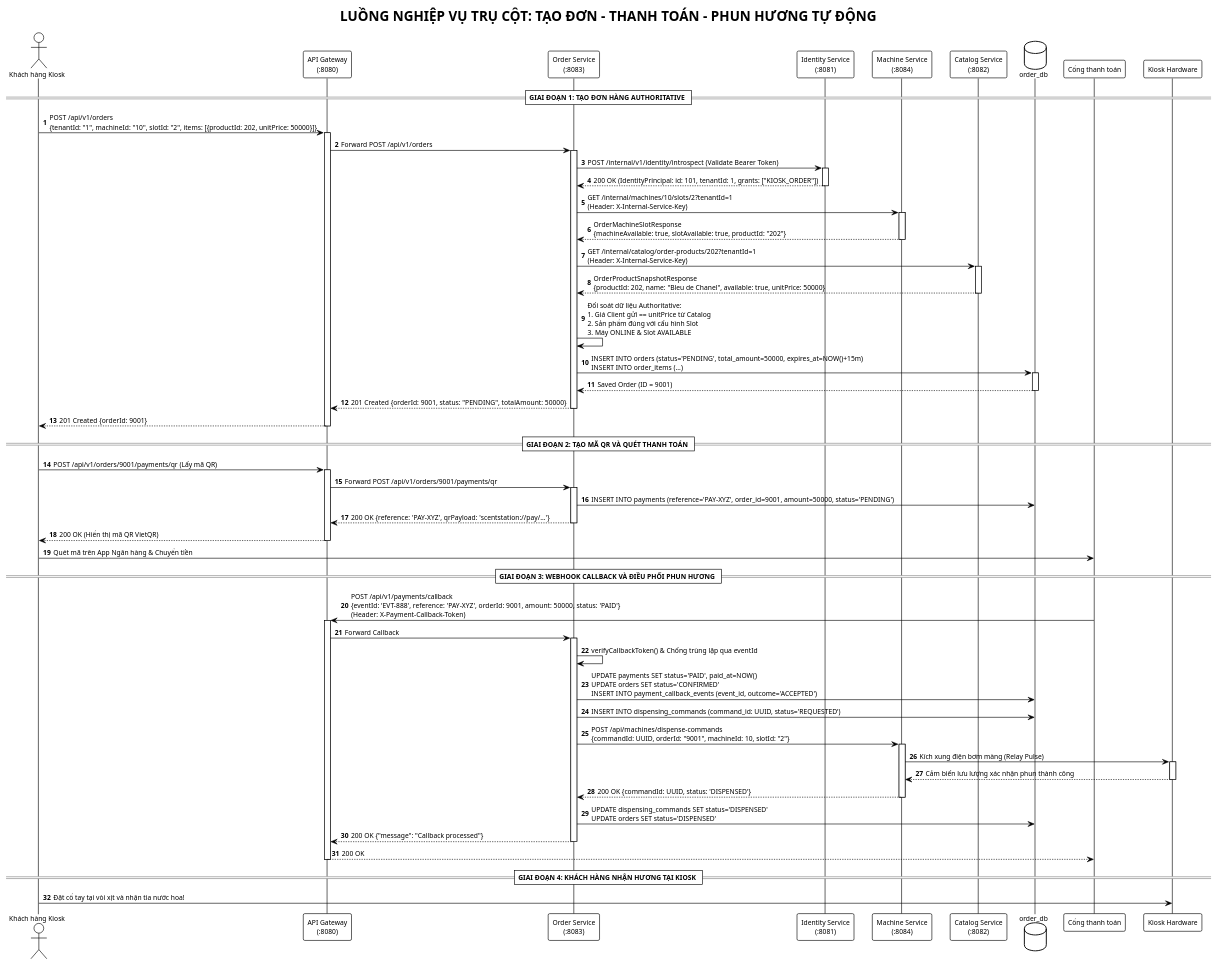
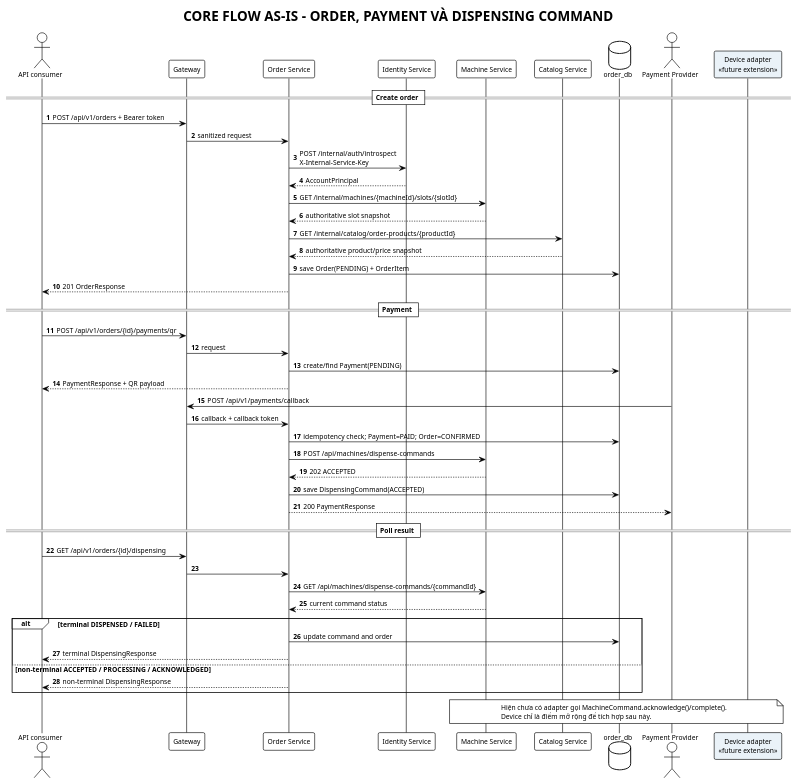
One commit to phuoc523/reportDevelopingOOPsoftware changed the diagram in architecture/system-overview/core-flow-sequence.puml. Above: the diagram before and after it, drawn with PlantUML. The commit also changed 53 other files, not shown here.

```diff
--- a/architecture/system-overview/core-flow-sequence.puml
+++ b/architecture/system-overview/core-flow-sequence.puml
@@ -1,96 +1,62 @@
 @startuml core-flow-sequence
 !theme plain
 autonumber
 skinparam responseMessageBelowArrow true
 skinparam defaultFontName Arial
 skinparam defaultFontSize 11
 
-title LUỒNG NGHIỆP VỤ TRỤ CỘT: TẠO ĐƠN - THANH TOÁN - PHUN HƯƠNG TỰ ĐỘNG
+title CORE FLOW AS-IS - ORDER, PAYMENT VÀ DISPENSING COMMAND
 
-actor "Khách hàng Kiosk" as Customer
-participant "API Gateway\n(:8080)" as Gateway
-participant "Order Service\n(:8083)" as OrderSvc
-participant "Identity Service\n(:8081)" as IdentitySvc
-participant "Machine Service\n(:8084)" as MachineSvc
-participant "Catalog Service\n(:8082)" as CatalogSvc
-database "order_db" as OrderDB
-participant "Cổng thanh toán" as PaymentGw
-participant "Kiosk Hardware" as Hardware
+actor "API consumer" as Client
+participant Gateway
+participant "Order Service" as Order
+participant "Identity Service" as Identity
+participant "Machine Service" as Machine
+participant "Catalog Service" as Catalog
+database order_db as DB
+actor "Payment Provider" as Provider
+participant "Device adapter\n<<future extension>>" as Device #EAF2F8
 
-== GIAI ĐOẠN 1: TẠO ĐƠN HÀNG AUTHORITATIVE ==
-Customer -> Gateway: POST /api/v1/orders\n{tenantId: "1", machineId: "10", slotId: "2", items: [{productId: 202, unitPrice: 50000}]}
-activate Gateway
-Gateway -> OrderSvc: Forward POST /api/v1/orders
-activate OrderSvc
+== Create order ==
+Client -> Gateway : POST /api/v1/orders + Bearer token
+Gateway -> Order : sanitized request
+Order -> Identity : POST /internal/auth/introspect\nX-Internal-Service-Key
+Identity --> Order : AccountPrincipal
+Order -> Machine : GET /internal/machines/{machineId}/slots/{slotId}
+Machine --> Order : authoritative slot snapshot
+Order -> Catalog : GET /internal/catalog/order-products/{productId}
+Catalog --> Order : authoritative product/price snapshot
+Order -> DB : save Order(PENDING) + OrderItem
+Order --> Client : 201 OrderResponse
 
-OrderSvc -> IdentitySvc: POST /internal/v1/identity/introspect (Validate Bearer Token)
-activate IdentitySvc
-IdentitySvc --> OrderSvc: 200 OK (IdentityPrincipal: id: 101, tenantId: 1, grants: ["KIOSK_ORDER"])
-deactivate IdentitySvc
+== Payment ==
+Client -> Gateway : POST /api/v1/orders/{id}/payments/qr
+Gateway -> Order : request
+Order -> DB : create/find Payment(PENDING)
+Order --> Client : PaymentResponse + QR payload
+Provider -> Gateway : POST /api/v1/payments/callback
+Gateway -> Order : callback + callback token
+Order -> DB : idempotency check; Payment=PAID; Order=CONFIRMED
+Order -> Machine : POST /api/machines/dispense-commands
+Machine --> Order : 202 ACCEPTED
+Order -> DB : save DispensingCommand(ACCEPTED)
+Order --> Provider : 200 PaymentResponse
 
-OrderSvc -> MachineSvc: GET /internal/machines/10/slots/2?tenantId=1\n(Header: X-Internal-Service-Key)
-activate MachineSvc
-MachineSvc --> OrderSvc: OrderMachineSlotResponse\n{machineAvailable: true, slotAvailable: true, productId: "202"}
-deactivate MachineSvc
+== Poll result ==
+Client -> Gateway : GET /api/v1/orders/{id}/dispensing
+Gateway -> Order
+Order -> Machine : GET /api/machines/dispense-commands/{commandId}
+Machine --> Order : current command status
+alt terminal DISPENSED / FAILED
+  Order -> DB : update command and order
+  Order --> Client : terminal DispensingResponse
+else non-terminal ACCEPTED / PROCESSING / ACKNOWLEDGED
+  Order --> Client : non-terminal DispensingResponse
+end
 
-OrderSvc -> CatalogSvc: GET /internal/catalog/order-products/202?tenantId=1\n(Header: X-Internal-Service-Key)
-activate CatalogSvc
-CatalogSvc --> OrderSvc: OrderProductSnapshotResponse\n{productId: 202, name: "Bleu de Chanel", available: true, unitPrice: 50000}
-deactivate CatalogSvc
-
-OrderSvc -> OrderSvc: Đối soát dữ liệu Authoritative:\n1. Giá Client gửi == unitPrice từ Catalog\n2. Sản phẩm đúng với cấu hình Slot\n3. Máy ONLINE & Slot AVAILABLE
-OrderSvc -> OrderDB: INSERT INTO orders (status='PENDING', total_amount=50000, expires_at=NOW()+15m)\nINSERT INTO order_items (...)
-activate OrderDB
-OrderDB --> OrderSvc: Saved Order (ID = 9001)
-deactivate OrderDB
-
-OrderSvc --> Gateway: 201 Created {orderId: 9001, status: "PENDING", totalAmount: 50000}
-deactivate OrderSvc
-Gateway --> Customer: 201 Created {orderId: 9001}
-deactivate Gateway
-
-== GIAI ĐOẠN 2: TẠO MÃ QR VÀ QUÉT THANH TOÁN ==
-Customer -> Gateway: POST /api/v1/orders/9001/payments/qr (Lấy mã QR)
-activate Gateway
-Gateway -> OrderSvc: Forward POST /api/v1/orders/9001/payments/qr
-activate OrderSvc
-OrderSvc -> OrderDB: INSERT INTO payments (reference='PAY-XYZ', order_id=9001, amount=50000, status='PENDING')
-OrderSvc --> Gateway: 200 OK {reference: 'PAY-XYZ', qrPayload: 'scentstation://pay/...'}
-deactivate OrderSvc
-Gateway --> Customer: 200 OK (Hiển thị mã QR VietQR)
-deactivate Gateway
-
-Customer -> PaymentGw: Quét mã trên App Ngân hàng & Chuyển tiền
-
-== GIAI ĐOẠN 3: WEBHOOK CALLBACK VÀ ĐIỀU PHỐI PHUN HƯƠNG ==
-PaymentGw -> Gateway: POST /api/v1/payments/callback\n{eventId: 'EVT-888', reference: 'PAY-XYZ', orderId: 9001, amount: 50000, status: 'PAID'}\n(Header: X-Payment-Callback-Token)
-activate Gateway
-Gateway -> OrderSvc: Forward Callback
-activate OrderSvc
-
-OrderSvc -> OrderSvc: verifyCallbackToken() & Chống trùng lặp qua eventId
-OrderSvc -> OrderDB: UPDATE payments SET status='PAID', paid_at=NOW()\nUPDATE orders SET status='CONFIRMED'\nINSERT INTO payment_callback_events (event_id, outcome='ACCEPTED')
-OrderSvc -> OrderDB: INSERT INTO dispensing_commands (command_id: UUID, status='REQUESTED')
-
-OrderSvc -> MachineSvc: POST /api/machines/dispense-commands\n{commandId: UUID, orderId: "9001", machineId: 10, slotId: "2"}
-activate MachineSvc
-
-MachineSvc -> Hardware: Kích xung điện bơm màng (Relay Pulse)
-activate Hardware
-Hardware --> MachineSvc: Cảm biến lưu lượng xác nhận phun thành công
-deactivate Hardware
-
-MachineSvc --> OrderSvc: 200 OK {commandId: UUID, status: 'DISPENSED'}
-deactivate MachineSvc
-
-OrderSvc -> OrderDB: UPDATE dispensing_commands SET status='DISPENSED'\nUPDATE orders SET status='DISPENSED'
-
-OrderSvc --> Gateway: 200 OK {"message": "Callback processed"}
-deactivate OrderSvc
-Gateway --> PaymentGw: 200 OK
-deactivate Gateway
-
-== GIAI ĐOẠN 4: KHÁCH HÀNG NHẬN HƯƠNG TẠI KIOSK ==
-Customer -> Hardware: Đặt cổ tay tại vòi xịt và nhận tia nước hoa!
+note over Machine,Device
+  Hiện chưa có adapter gọi MachineCommand.acknowledge()/complete().
+  Device chỉ là điểm mở rộng để tích hợp sau này.
+end note
 
 @enduml
```
